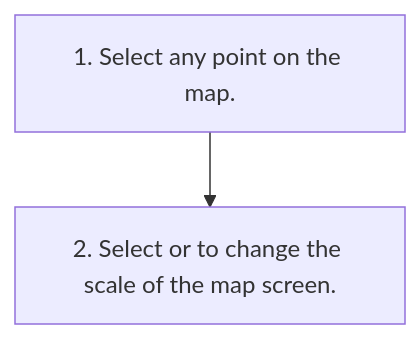
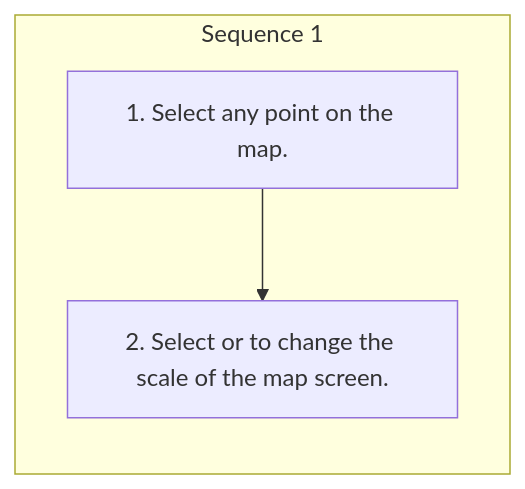
Before and after one commit to Chieko-Y/my-spec-generator: the diagram in workspace/subaru/ascent-2026/ivi/published/navigation-system-if-equipped/5-location-menu-pop-up.md, drawn with Mermaid. The commit also changed other lines of this file and 268 other files, not shown here.

````diff
--- a/workspace/subaru/ascent-2026/ivi/published/navigation-system-if-equipped/5-location-menu-pop-up.md
+++ b/workspace/subaru/ascent-2026/ivi/published/navigation-system-if-equipped/5-location-menu-pop-up.md
@@ -14,6 +14,9 @@
 ```mermaid
 flowchart TD
-    S1["1. Select any point on the map."]
-    S2["2. Select or to change the scale of the map screen."]
-    S1 --> S2
+    subgraph SEQ1["Sequence 1"]
+    direction TB
+    S1_1["1. Select any point on the map."]
+    S1_2["2. Select or to change the scale of the map screen."]
+    S1_1 --> S1_2
+    end
 ```
````
